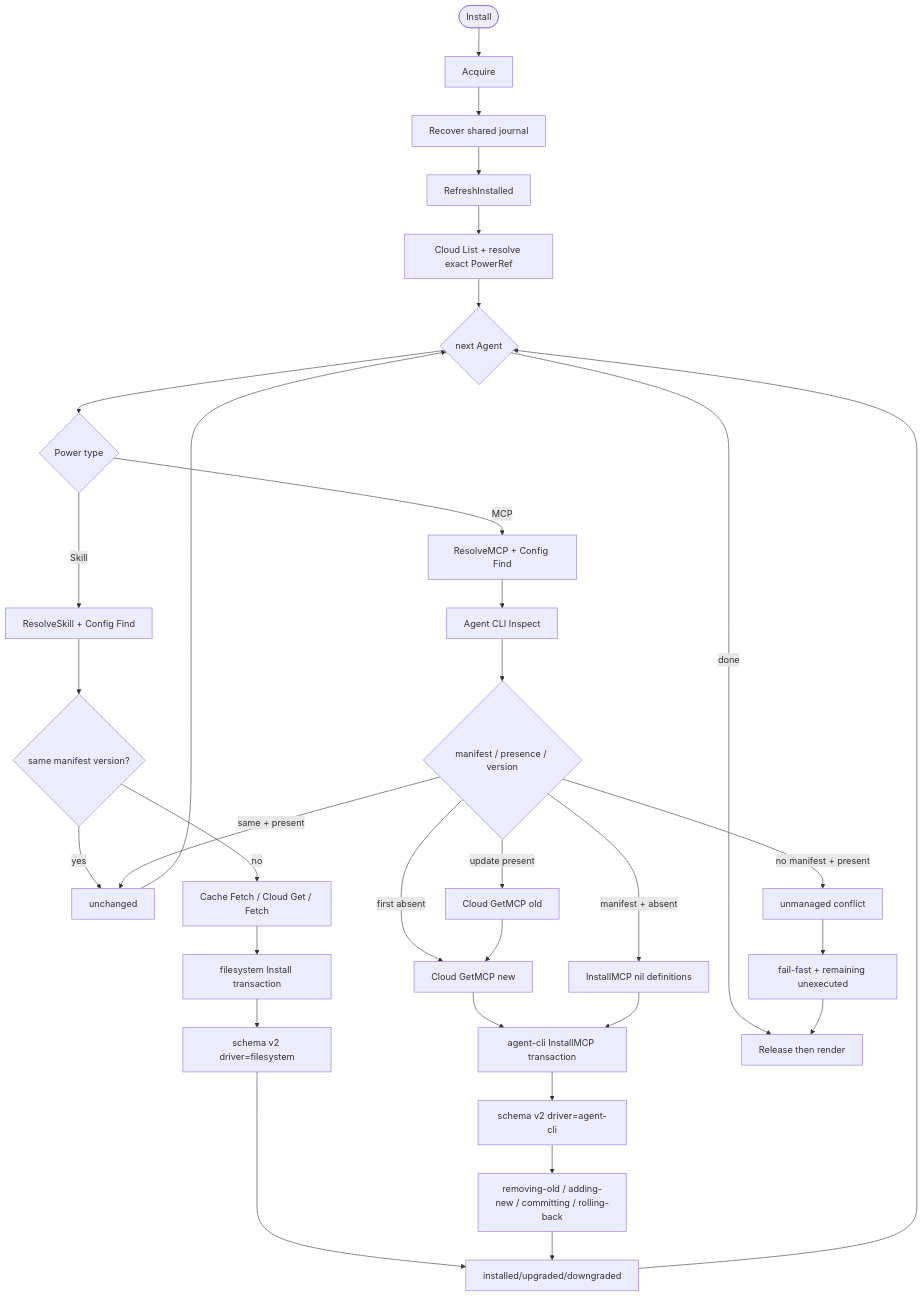
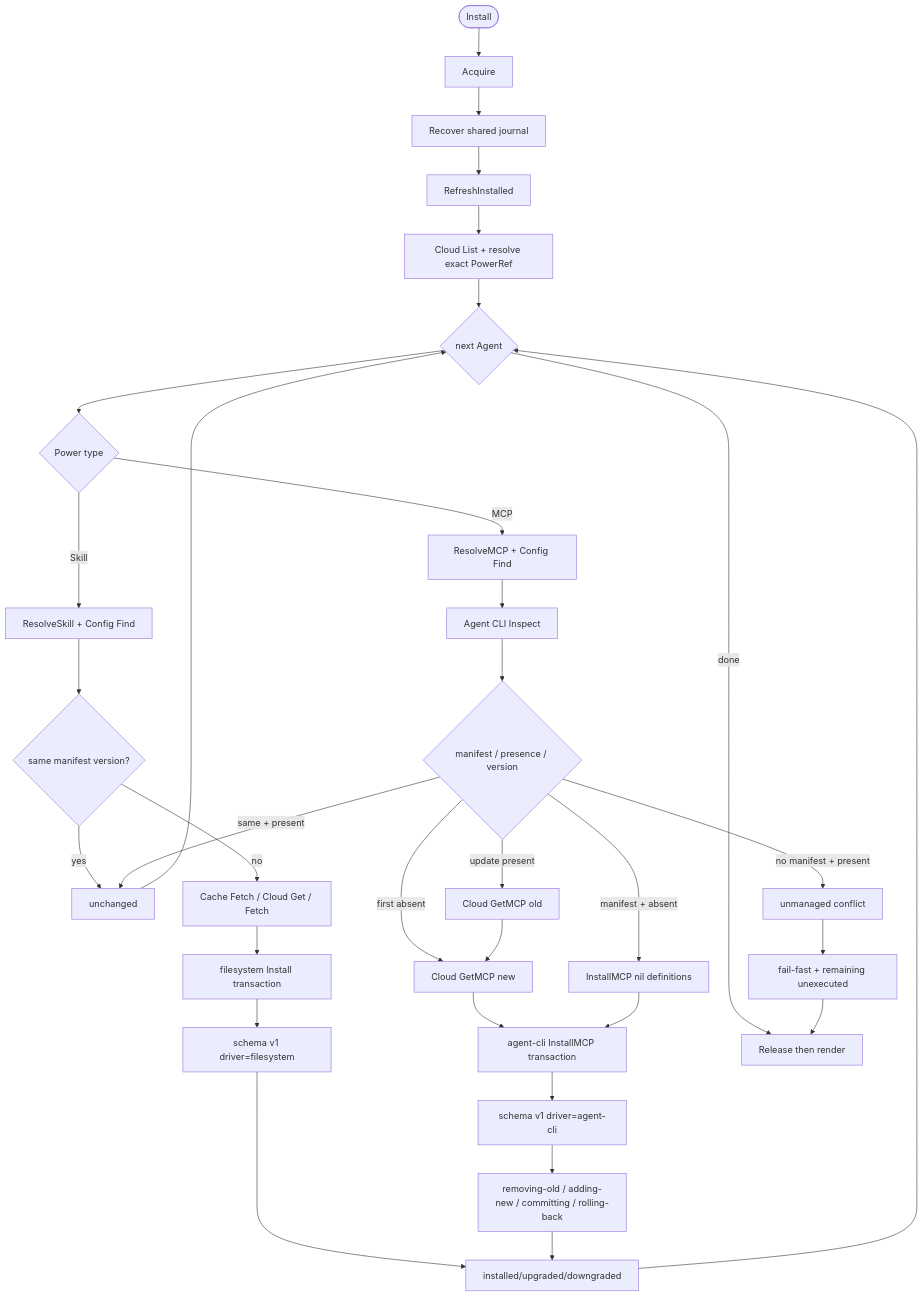
One commit to spacemit-com/agent-power-manager changed the diagram in ivory-tower/c4/components/apm-cli-lifecycle-diagrams/install.mmd. Above: the diagram before and after it, drawn with Mermaid. The commit also changed 11 other files, not shown here.

Commit message:
docs(transaction): record single journal schema

```diff
--- a/ivory-tower/c4/components/apm-cli-lifecycle-diagrams/install.mmd
+++ b/ivory-tower/c4/components/apm-cli-lifecycle-diagrams/install.mmd
@@ -1,34 +1,34 @@
 flowchart TD
     Start([Install]) --> Lock[Acquire]
     Lock --> Recover[Recover shared journal]
     Recover --> Refresh[RefreshInstalled]
     Refresh --> List[Cloud List + resolve exact PowerRef]
     List --> Agent{next Agent}
     Agent --> Type{Power type}
     Type -->|Skill| SkillResolve[ResolveSkill + Config Find]
     SkillResolve --> SkillSame{same manifest version?}
     SkillSame -->|yes| Unchanged[unchanged]
     SkillSame -->|no| Cache[Cache Fetch / Cloud Get / Fetch]
     Cache --> FSTx[filesystem Install transaction]
-    FSTx --> FSJournal[schema v2 driver=filesystem]
+    FSTx --> FSJournal[schema v1 driver=filesystem]
 
     Type -->|MCP| MCPResolve[ResolveMCP + Config Find]
     MCPResolve --> MCPInspect[Agent CLI Inspect]
     MCPInspect --> MCPState{manifest / presence / version}
     MCPState -->|same + present| Unchanged
     MCPState -->|no manifest + present| Fail[unmanaged conflict]
     MCPState -->|manifest + absent| MCPStale[InstallMCP nil definitions]
     MCPState -->|first absent| NewDef[Cloud GetMCP new]
     MCPState -->|update present| OldDef[Cloud GetMCP old] --> NewDef
     NewDef --> MCPTx[agent-cli InstallMCP transaction]
     MCPStale --> MCPTx
-    MCPTx --> MCPJournal[schema v2 driver=agent-cli]
+    MCPTx --> MCPJournal[schema v1 driver=agent-cli]
     MCPJournal --> Phases[removing-old / adding-new / committing / rolling-back]
 
     FSJournal --> Outcome[installed/upgraded/downgraded]
     Phases --> Outcome
     Unchanged --> Agent
     Outcome --> Agent
     Fail --> Batch[fail-fast + remaining unexecuted]
     Agent -->|done| Release[Release then render]
     Batch --> Release
```
